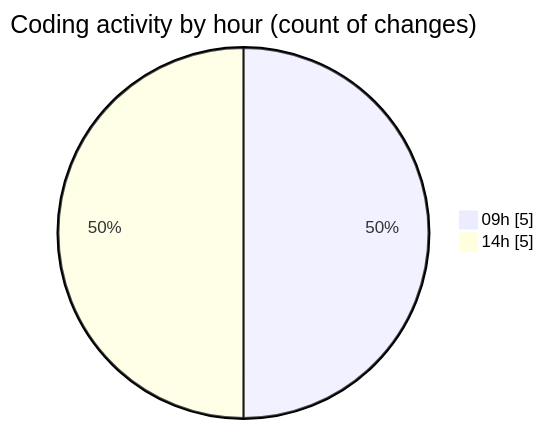
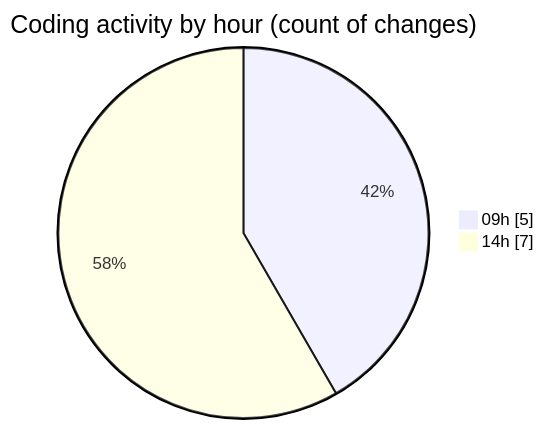
Before and after one commit to MatusMokan/code-tracking: the second of 2 diagrams in 2025-11-25/untitled__workspace_/README.md, drawn with Mermaid. The commit also changed other lines of this file and 1 other file, not shown here.

````diff
--- a/2025-11-25/untitled__workspace_/README.md
+++ b/2025-11-25/untitled__workspace_/README.md
@@ -33,6 +33,6 @@
 ```mermaid
 pie showData
 title Coding activity by hour (count of changes)
 "09h" : 5
-"14h" : 5
+"14h" : 7
 ```
````
